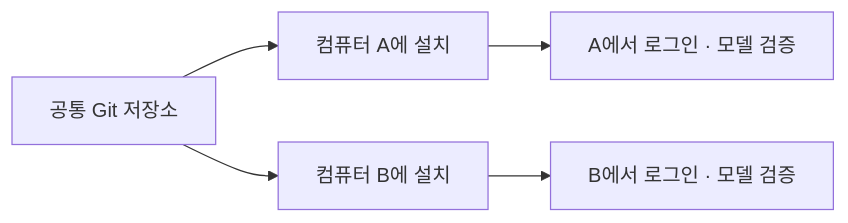
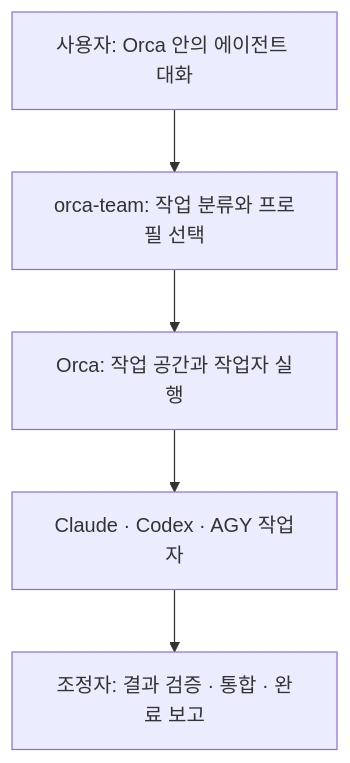
Before and after one commit to HashCitrine/orca-orchestration-kit: the diagram in README.md, drawn with Mermaid. The commit also changed other lines of this file and 9 other files, not shown here.

````diff
--- a/README.md
+++ b/README.md
@@ -172,7 +17,7 @@
 ```mermaid
-flowchart LR
-    A[공통 Git 저장소] --> B[컴퓨터 A에 설치]
-    A --> C[컴퓨터 B에 설치]
-    B --> D[A에서 로그인 · 모델 검증]
-    C --> E[B에서 로그인 · 모델 검증]
+flowchart TD
+    U[사용자: Orca 안의 에이전트 대화] --> S[orca-team: 작업 분류와 프로필 선택]
+    S --> O[Orca: 작업 공간과 작업자 실행]
+    O --> A[Claude · Codex · AGY 작업자]
+    A --> R[조정자: 결과 검증 · 통합 · 완료 보고]
 ```
````
